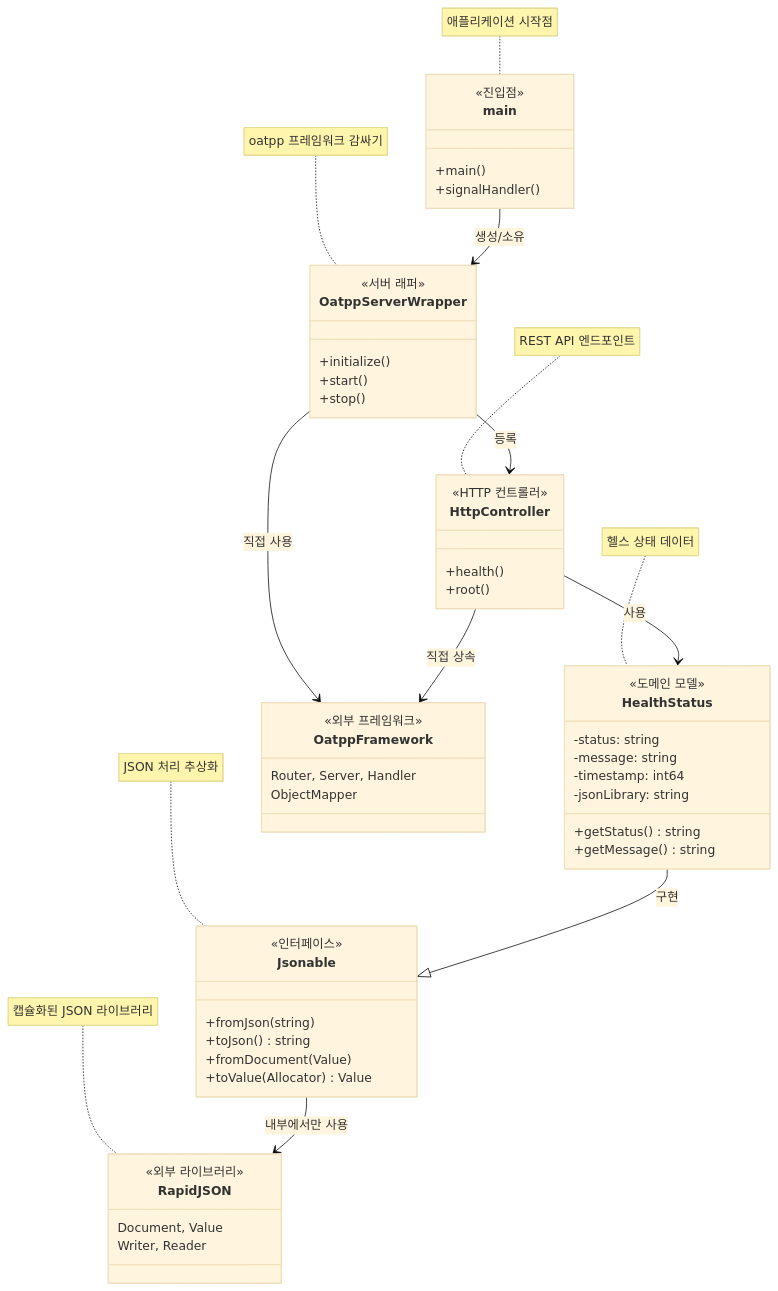
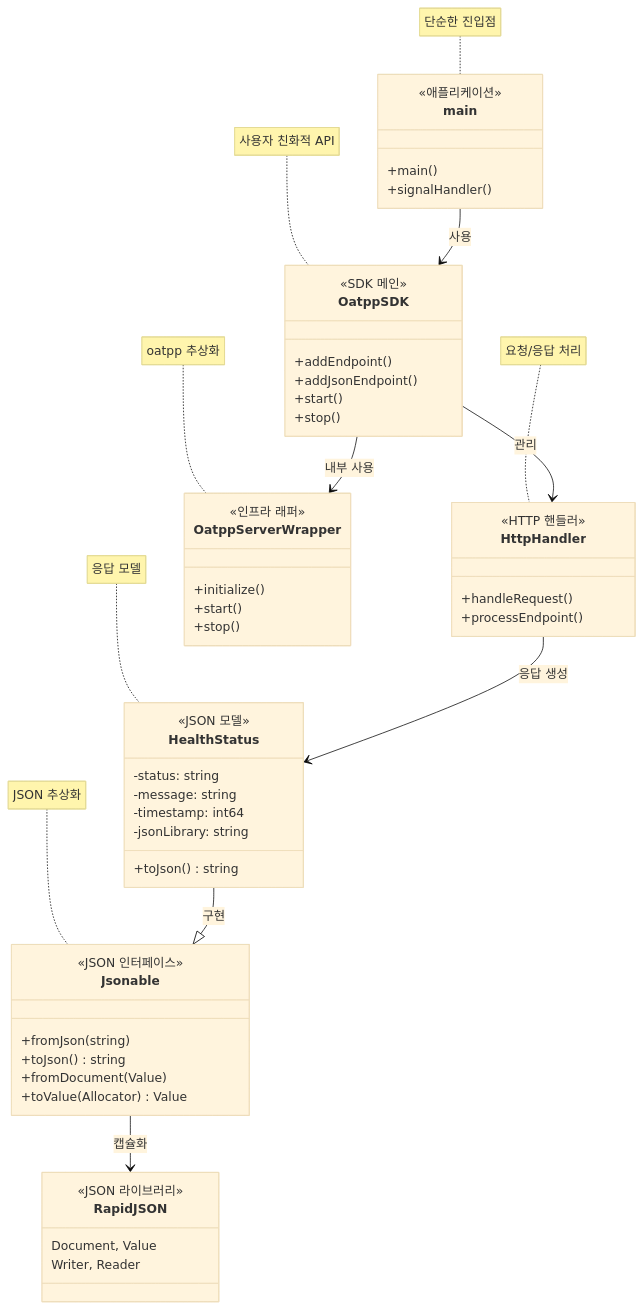
One commit to whyjp/noatpp-sse changed the diagram in documents/PHASE1_ARCHITECTURE.md. Above: the diagram before and after it, drawn with Mermaid (base theme). The commit also changed other lines of this file and 1 other file, not shown here.

First line of the commit message:
문서: 프로젝트를 SDK 중심으로 재설계

````diff
--- a/documents/PHASE1_ARCHITECTURE.md
+++ b/documents/PHASE1_ARCHITECTURE.md
@@ -9,70 +9,70 @@
 ```mermaid
 classDiagram
-    %% Phase 1.5: Jsonable 인터페이스 패턴 포함
+    %% Phase 1.5: SDK 기반 아키텍처
     
     class main {
-        <<진입점>>
+        <<애플리케이션>>
         +main()
         +signalHandler()
     }
 
-    class OatppServerWrapper {
-        <<서버 래퍼>>
-        +initialize()
+    class OatppSDK {
+        <<SDK 메인>>
+        +addEndpoint()
+        +addJsonEndpoint()
         +start()
         +stop()
     }
 
-    class HttpController {
-        <<HTTP 컨트롤러>>
-        +health()
-        +root()
+    class HttpHandler {
+        <<HTTP 핸들러>>
+        +handleRequest()
+        +processEndpoint()
     }
 
     class Jsonable {
-        <<인터페이스>>
+        <<JSON 인터페이스>>
         +fromJson(string)
         +toJson() string
         +fromDocument(Value)
         +toValue(Allocator) Value
     }
 
     class HealthStatus {
-        <<도메인 모델>>
+        <<JSON 모델>>
         -status: string
         -message: string
         -timestamp: int64
         -jsonLibrary: string
-        +getStatus() string
-        +getMessage() string
+        +toJson() string
+    }
+
+    class OatppServerWrapper {
+        <<인프라 래퍼>>
+        +initialize()
+        +start()
+        +stop()
     }
 
     class RapidJSON {
-        <<외부 라이브러리>>
+        <<JSON 라이브러리>>
         Document, Value
         Writer, Reader
     }
 
-    class OatppFramework {
-        <<외부 프레임워크>>
-        Router, Server, Handler
-        ObjectMapper
-    }
-
-    %% 의존 관계
-    main --> OatppServerWrapper : 생성/소유
-    OatppServerWrapper --> HttpController : 등록
-    OatppServerWrapper --> OatppFramework : 직접 사용
-    HttpController --> OatppFramework : 직접 상속
-    HttpController --> HealthStatus : 사용
+    %% SDK 계층 관계
+    main --> OatppSDK : 사용
+    OatppSDK --> HttpHandler : 관리
+    OatppSDK --> OatppServerWrapper : 내부 사용
+    HttpHandler --> HealthStatus : 응답 생성
     HealthStatus --|> Jsonable : 구현
-    Jsonable --> RapidJSON : 내부에서만 사용
+    Jsonable --> RapidJSON : 캡슐화
 
     %% 주석
-    note for main "애플리케이션 시작점"
-    note for OatppServerWrapper "oatpp 프레임워크 감싸기"
-    note for HttpController "REST API 엔드포인트"
-    note for Jsonable "JSON 처리 추상화"
-    note for HealthStatus "헬스 상태 데이터"
-    note for RapidJSON "캡슐화된 JSON 라이브러리"
+    note for main "단순한 진입점"
+    note for OatppSDK "사용자 친화적 API"
+    note for HttpHandler "요청/응답 처리"
+    note for Jsonable "JSON 추상화"
+    note for HealthStatus "응답 모델"
+    note for OatppServerWrapper "oatpp 추상화"
 ```
````
